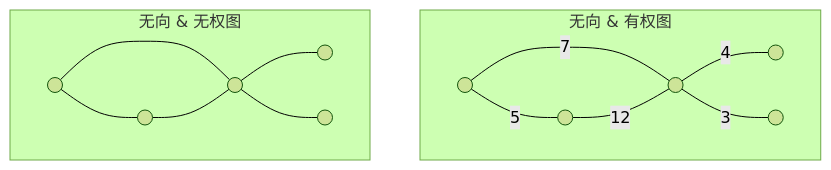
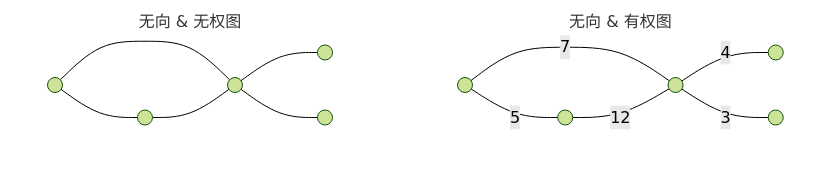
Before and after one commit to uncle-yi/uncle-yi.github.io: the first of 8 diagrams in _posts/2023-01-18-graph-neural-network-basics.md, drawn with Mermaid (forest theme). The commit also changed other lines of this file, not shown here.

````diff
--- a/_posts/2023-01-18-graph-neural-network-basics.md
+++ b/_posts/2023-01-18-graph-neural-network-basics.md
@@ -13,31 +11,34 @@
 ```mermaid
 flowchart TB
 
-subgraph "无向 & 有权图"
+subgraph s1 ["无向 & 有权图"]
 R1(( ))
 R2(( ))
 R3(( ))
 R4(( ))
 R5(( ))
 
 R1--5---R2
 R1--7---R3
 R2--12---R3
 R3--4---R4
 R3--3---R5
 end
 
-subgraph "无向 & 无权图"
+subgraph s2 ["无向 & 无权图"]
 L1(( ))
 L2(( ))
 L3(( ))
 L4(( ))
 L5(( ))
 
 L1---L2
 L1---L3
 L2---L3
 L3---L4
 L3---L5
 end
+
+class s1,s2 noback;
+classDef noback fill:#fff0, stroke:#fff0;
 ```
````
